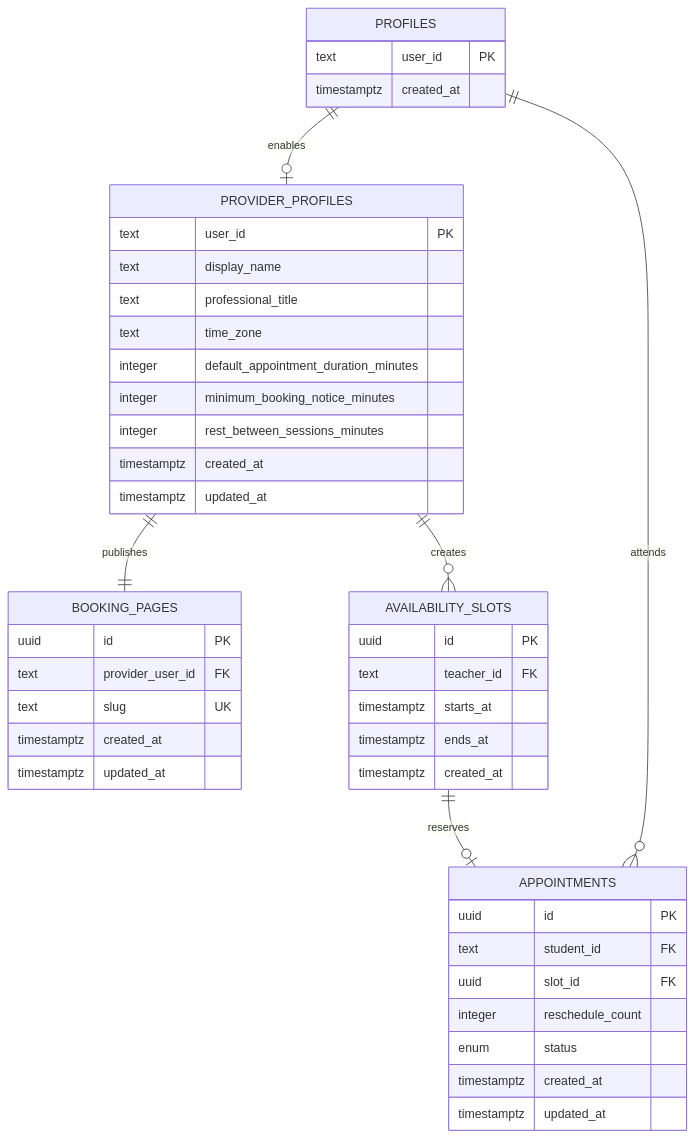
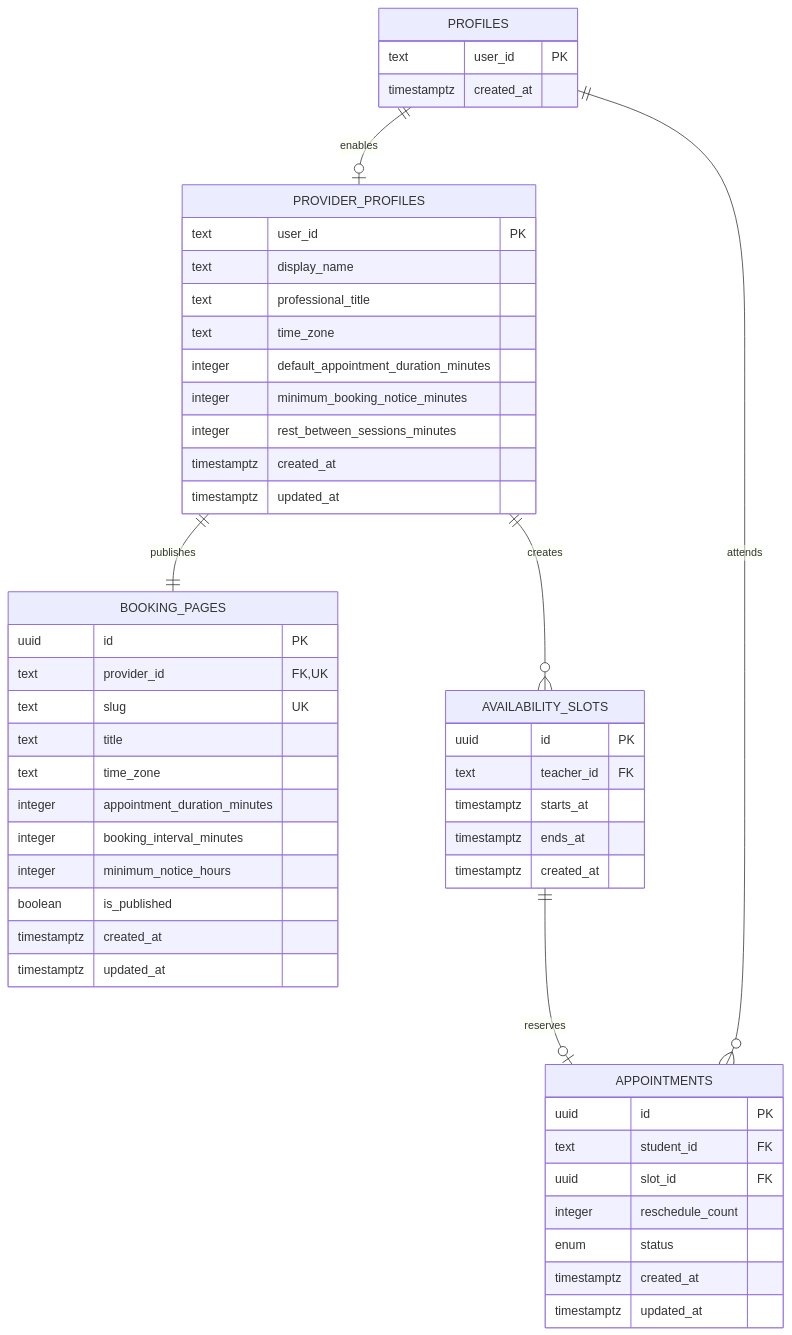
The second of 2 diagrams in README.md (Asharp97/peerslot), drawn with Mermaid before and after one commit. The commit also changed other lines of this file and 47 other files, not shown here.

````diff
--- a/README.md
+++ b/README.md
@@ -128,51 +128,57 @@
 ```mermaid
 erDiagram
     PROFILES ||--o| PROVIDER_PROFILES : enables
     PROVIDER_PROFILES ||--|| BOOKING_PAGES : publishes
     PROVIDER_PROFILES ||--o{ AVAILABILITY_SLOTS : creates
     PROFILES ||--o{ APPOINTMENTS : attends
     AVAILABILITY_SLOTS ||--o| APPOINTMENTS : reserves
 
     PROFILES {
         text user_id PK
         timestamptz created_at
     }
 
     PROVIDER_PROFILES {
         text user_id PK
         text display_name
         text professional_title
         text time_zone
         integer default_appointment_duration_minutes
         integer minimum_booking_notice_minutes
         integer rest_between_sessions_minutes
         timestamptz created_at
         timestamptz updated_at
     }
 
     BOOKING_PAGES {
         uuid id PK
-        text provider_user_id FK
+        text provider_id FK,UK
         text slug UK
+        text title
+        text time_zone
+        integer appointment_duration_minutes
+        integer booking_interval_minutes
+        integer minimum_notice_hours
+        boolean is_published
         timestamptz created_at
         timestamptz updated_at
     }
 
     AVAILABILITY_SLOTS {
         uuid id PK
         text teacher_id FK
         timestamptz starts_at
         timestamptz ends_at
         timestamptz created_at
     }
 
     APPOINTMENTS {
         uuid id PK
         text student_id FK
         uuid slot_id FK
         integer reschedule_count
         enum status
         timestamptz created_at
         timestamptz updated_at
     }
 ```
````
